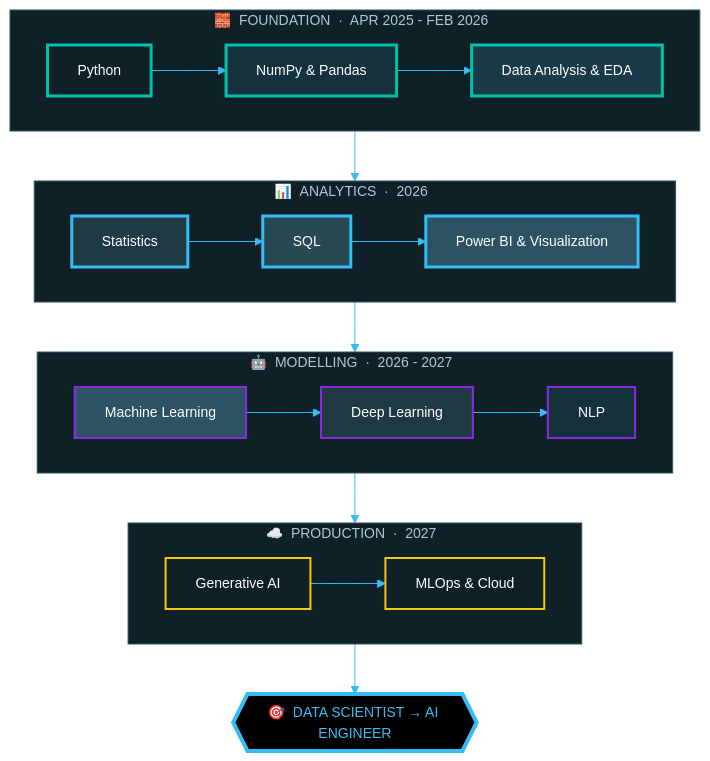
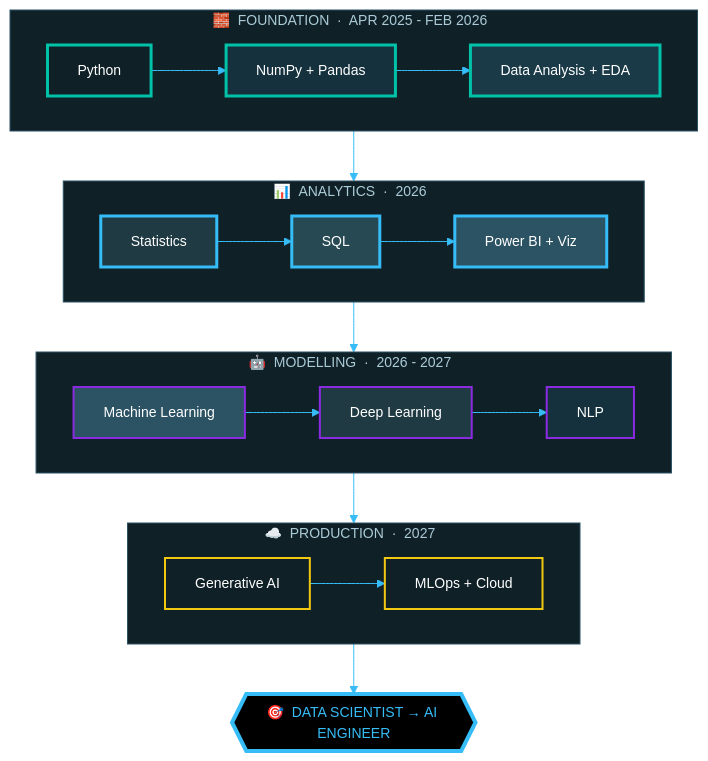
One commit to NEERAJSINGHDANU07/NEERAJSINGHDANU07 changed the second of 7 diagrams in README.md. Above: the diagram before and after it, drawn with Mermaid. The commit also changed other lines of this file, not shown here.

````diff
--- a/README.md
+++ b/README.md
@@ -302,39 +262,34 @@
 ```mermaid
 %%{init: {'theme':'base','themeVariables':{'fontFamily':'Fira Code, monospace','fontSize':'14px','primaryColor':'#203A43','primaryTextColor':'#FFFFFF','primaryBorderColor':'#36BCF7','lineColor':'#36BCF7','clusterBkg':'#0F2027','clusterBorder':'#2C5364'}}}%%
 flowchart TD
     subgraph FOUNDATION["🧱 &nbsp;FOUNDATION &nbsp;·&nbsp; APR 2025 - FEB 2026 &nbsp;"]
         direction LR
-        A[Python] --> B[NumPy & Pandas] --> C[Data Analysis & EDA]
+        A[Python] --> B[NumPy + Pandas] --> C[Data Analysis + EDA]
     end
-
     subgraph ANALYTICS["📊 &nbsp;ANALYTICS &nbsp;·&nbsp; 2026 &nbsp;"]
         direction LR
-        D[Statistics] --> E[SQL] --> F[Power BI & Visualization]
+        D[Statistics] --> E[SQL] --> F[Power BI + Viz]
     end
-
     subgraph MODELLING["🤖 &nbsp;MODELLING &nbsp;·&nbsp; 2026 - 2027 &nbsp;"]
         direction LR
         G[Machine Learning] --> H[Deep Learning] --> I[NLP]
     end
-
     subgraph PRODUCTION["☁️ &nbsp;PRODUCTION &nbsp;·&nbsp; 2027 &nbsp;"]
         direction LR
-        J[Generative AI] --> K[MLOps & Cloud]
+        J[Generative AI] --> K[MLOps + Cloud]
     end
-
     FOUNDATION --> ANALYTICS --> MODELLING --> PRODUCTION
     PRODUCTION --> L{{"🎯 &nbsp;DATA SCIENTIST → AI ENGINEER"}}
-
     style A fill:#0F2027,stroke:#00C2A8,stroke-width:3px,color:#FFFFFF
     style B fill:#14313D,stroke:#00C2A8,stroke-width:3px,color:#FFFFFF
     style C fill:#1A3A48,stroke:#00C2A8,stroke-width:3px,color:#FFFFFF
     style D fill:#203A43,stroke:#36BCF7,stroke-width:3px,color:#FFFFFF
     style E fill:#274953,stroke:#36BCF7,stroke-width:3px,color:#FFFFFF
     style F fill:#2C5364,stroke:#36BCF7,stroke-width:3px,color:#FFFFFF
     style G fill:#2C5364,stroke:#8A2BE2,stroke-width:2px,color:#FFFFFF
     style H fill:#203A43,stroke:#8A2BE2,stroke-width:2px,color:#FFFFFF
     style I fill:#14313D,stroke:#8A2BE2,stroke-width:2px,color:#FFFFFF
     style J fill:#0F2027,stroke:#F2C811,stroke-width:2px,color:#FFFFFF
     style K fill:#0F2027,stroke:#F2C811,stroke-width:2px,color:#FFFFFF
     style L fill:#000000,stroke:#36BCF7,stroke-width:4px,color:#36BCF7
 ```
````
